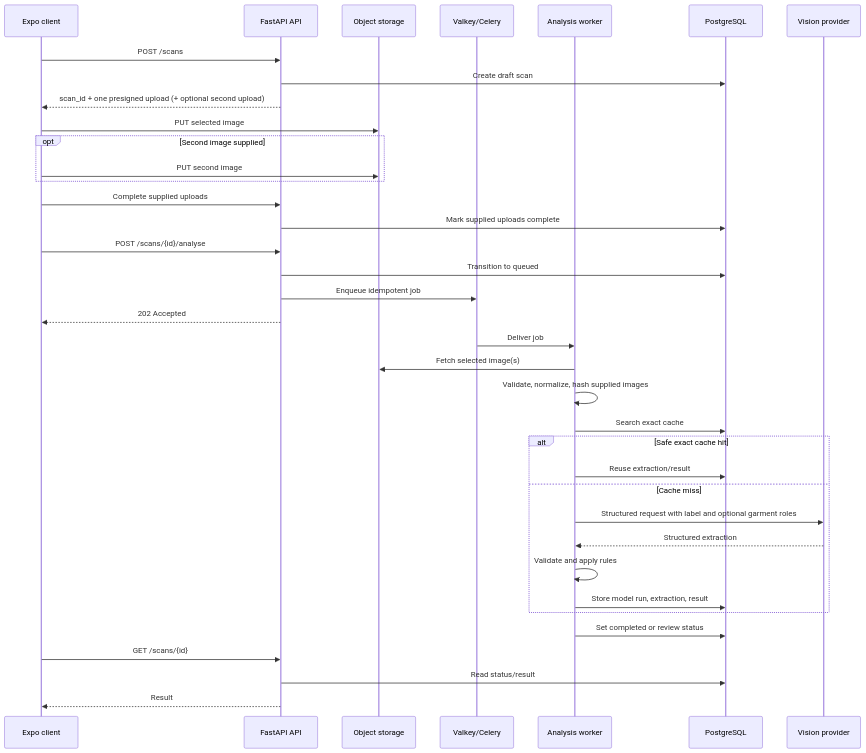
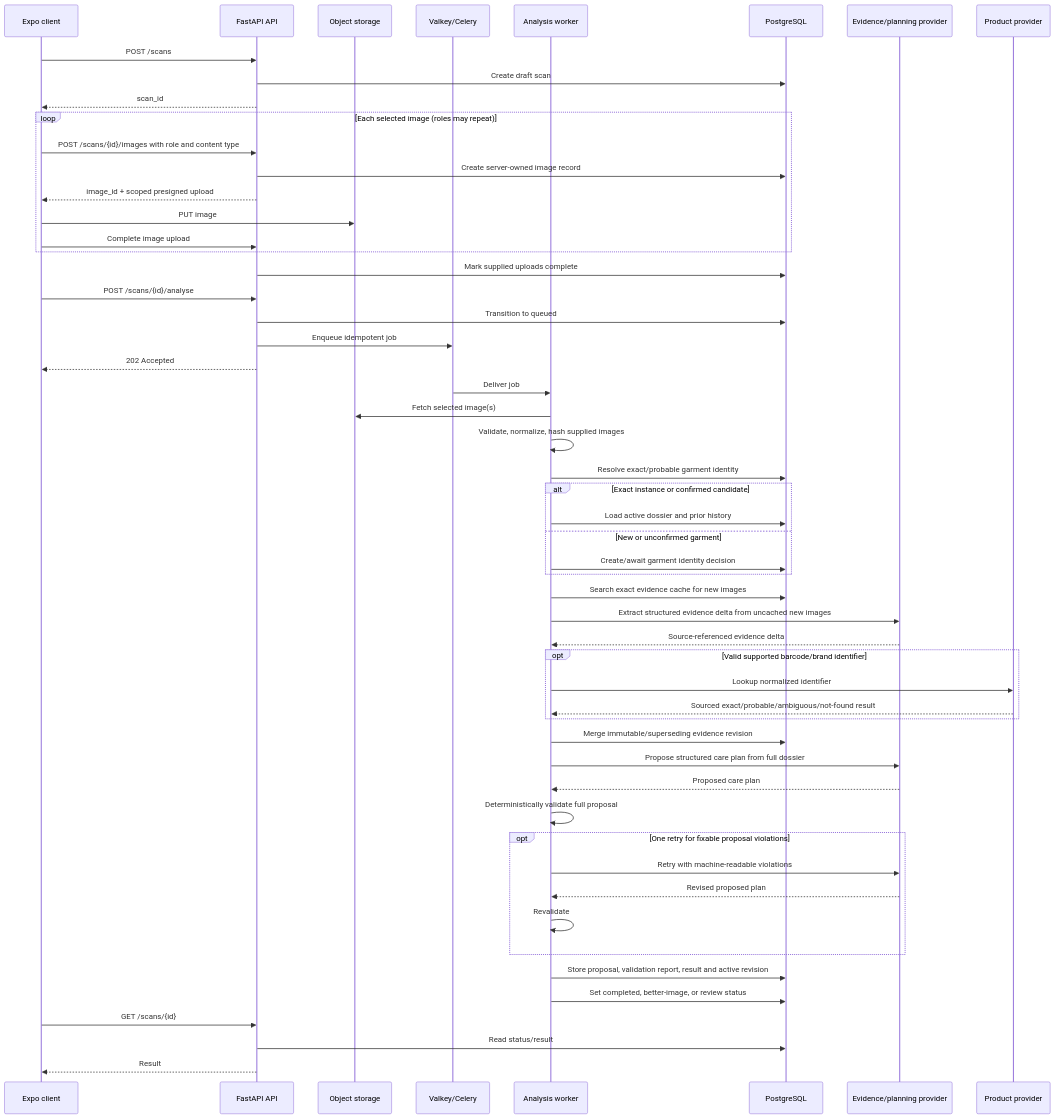
One commit to acado1986/fabricassist-platform changed the third of 4 diagrams in docs/architecture.md. Above: the diagram before and after it, drawn with Mermaid. The commit also changed other lines of this file and 12 other files, not shown here.

First line of the commit message:
feat: Add ADRs for validator-gated AI care plans, garment identity, product information lookup, and contextual conversations

````diff
--- a/docs/architecture.md
+++ b/docs/architecture.md
@@ -700,40 +898,57 @@
 ```mermaid
 sequenceDiagram
     participant Client as Expo client
     participant API as FastAPI API
     participant Obj as Object storage
     participant Queue as Valkey/Celery
     participant Worker as Analysis worker
     participant DB as PostgreSQL
-    participant Model as Vision provider
+    participant Model as Evidence/planning provider
+    participant Product as Product provider
 
     Client->>API: POST /scans
     API->>DB: Create draft scan
-    API-->>Client: scan_id + one presigned upload (+ optional second upload)
-    Client->>Obj: PUT selected image
-    opt Second image supplied
-        Client->>Obj: PUT second image
+    API-->>Client: scan_id
+    loop Each selected image (roles may repeat)
+        Client->>API: POST /scans/{id}/images with role and content type
+        API->>DB: Create server-owned image record
+        API-->>Client: image_id + scoped presigned upload
+        Client->>Obj: PUT image
+        Client->>API: Complete image upload
     end
-    Client->>API: Complete supplied uploads
     API->>DB: Mark supplied uploads complete
     Client->>API: POST /scans/{id}/analyse
     API->>DB: Transition to queued
     API->>Queue: Enqueue idempotent job
     API-->>Client: 202 Accepted
     Queue->>Worker: Deliver job
     Worker->>Obj: Fetch selected image(s)
     Worker->>Worker: Validate, normalize, hash supplied images
-    Worker->>DB: Search exact cache
-    alt Safe exact cache hit
-        Worker->>DB: Reuse extraction/result
-    else Cache miss
-        Worker->>Model: Structured request with label and optional garment roles
-        Model-->>Worker: Structured extraction
-        Worker->>Worker: Validate and apply rules
-        Worker->>DB: Store model run, extraction, result
+    Worker->>DB: Resolve exact/probable garment identity
+    alt Exact instance or confirmed candidate
+        Worker->>DB: Load active dossier and prior history
+    else New or unconfirmed garment
+        Worker->>DB: Create/await garment identity decision
     end
-    Worker->>DB: Set completed or review status
+    Worker->>DB: Search exact evidence cache for new images
+    Worker->>Model: Extract structured evidence delta from uncached new images
+    Model-->>Worker: Source-referenced evidence delta
+    opt Valid supported barcode/brand identifier
+        Worker->>Product: Lookup normalized identifier
+        Product-->>Worker: Sourced exact/probable/ambiguous/not-found result
+    end
+    Worker->>DB: Merge immutable/superseding evidence revision
+    Worker->>Model: Propose structured care plan from full dossier
+    Model-->>Worker: Proposed care plan
+    Worker->>Worker: Deterministically validate full proposal
+    opt One retry for fixable proposal violations
+        Worker->>Model: Retry with machine-readable violations
+        Model-->>Worker: Revised proposed plan
+        Worker->>Worker: Revalidate
+    end
+    Worker->>DB: Store proposal, validation report, result and active revision
+    Worker->>DB: Set completed, better-image, or review status
     Client->>API: GET /scans/{id}
     API->>DB: Read status/result
     API-->>Client: Result
 ```
````
